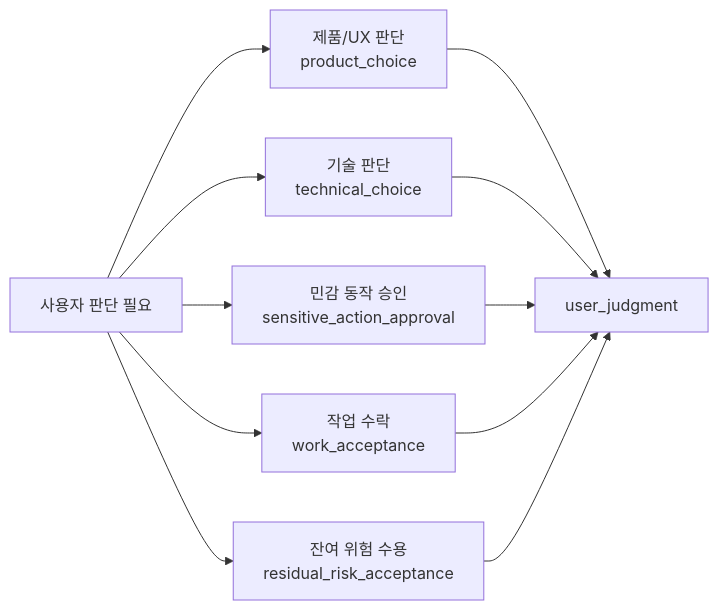
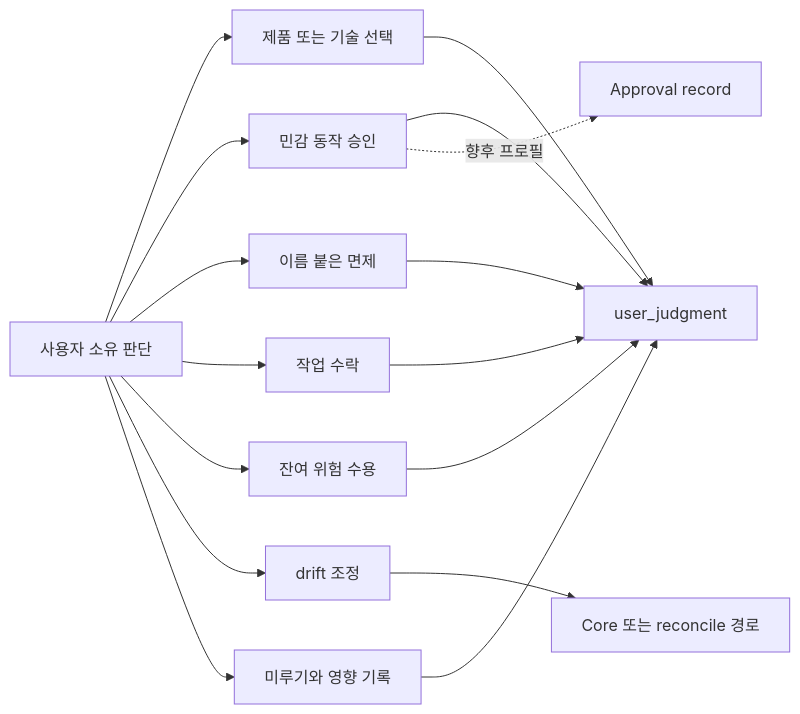
The first of 3 diagrams in docs/ko/reference/core-model.md (minjungw00/Harness_Project), drawn with Mermaid before and after one commit. The commit also changed other lines of this file and 15 other files, not shown here.

Commit message:
docs: simplify and audit Harness diagrams

````diff
--- a/docs/ko/reference/core-model.md
+++ b/docs/ko/reference/core-model.md
@@ -122,15 +122,19 @@
 ```mermaid
 flowchart LR
-  Need["사용자 판단 필요"]
-  Need --> Product["제품/UX 판단<br/>product_choice"]
-  Need --> Technical["기술 판단<br/>technical_choice"]
-  Need --> Sensitive["민감 동작 승인<br/>sensitive_action_approval"]
-  Need --> Accept["작업 수락<br/>work_acceptance"]
-  Need --> Risk["잔여 위험 수용<br/>residual_risk_acceptance"]
+  Need["사용자 소유 판단"] --> Choose["제품 또는 기술 선택"]
+  Need --> Approve["민감 동작 승인"]
+  Need --> Waive["이름 붙은 면제"]
+  Need --> Accept["작업 수락"]
+  Need --> Risk["잔여 위험 수용"]
+  Need --> Reconcile["drift 조정"]
+  Need --> Defer["미루기와 영향 기록"]
 
-  Product --> Judgment["user_judgment"]
-  Technical --> Judgment
-  Sensitive --> Judgment
+  Choose --> Judgment["user_judgment"]
+  Approve --> Judgment
+  Waive --> Judgment
   Accept --> Judgment
   Risk --> Judgment
+  Defer --> Judgment
+  Approve -. 향후 프로필 .-> Approval["Approval record"]
+  Reconcile --> CorePath["Core 또는 reconcile 경로"]
 ```
````
